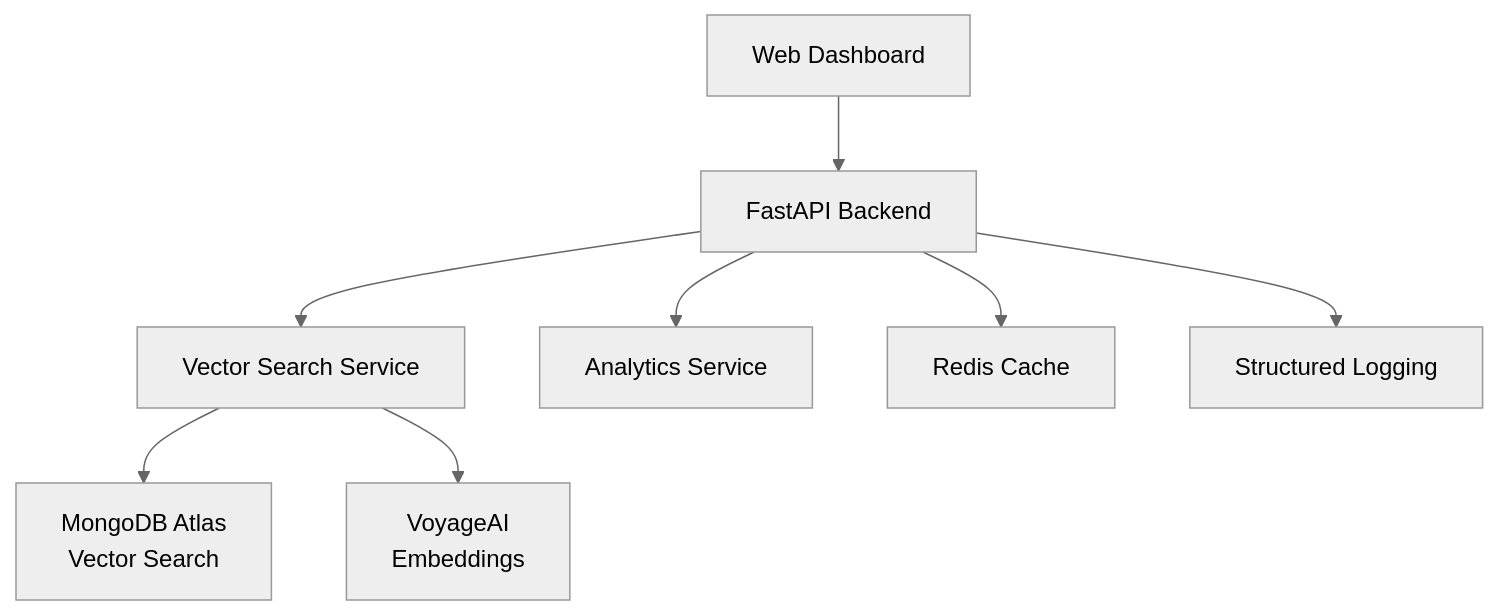
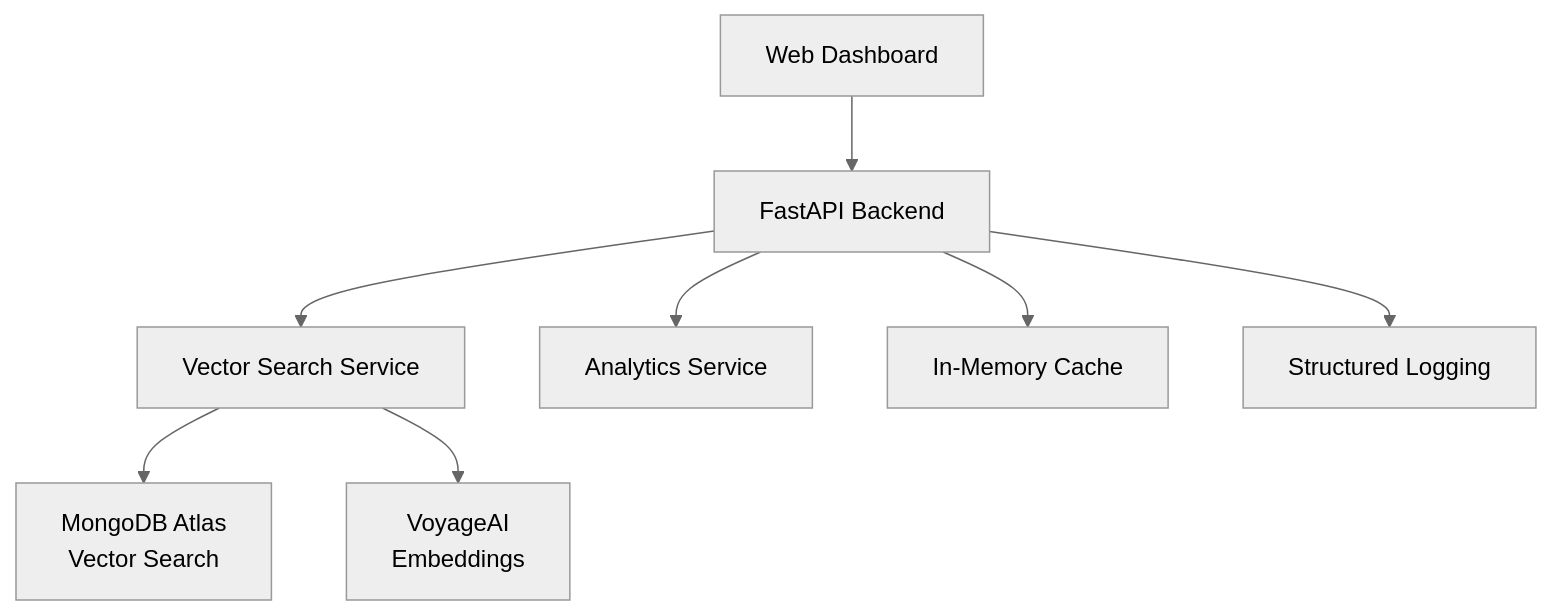
One commit to jgschmitz/Freight--Payment--AI--Assistant changed the diagram in README.md. Above: the diagram before and after it, drawn with Mermaid (neutral theme). The commit also changed other lines of this file and 2 other files, not shown here.

First line of the commit message:
🧹 Remove unnecessary Redis dependency - simplify architecture

````diff
--- a/README.md
+++ b/README.md
@@ -42,10 +42,10 @@
 ```mermaid
 graph TB
     A[Web Dashboard] --> B[FastAPI Backend]
     B --> C[Vector Search Service]
     B --> D[Analytics Service]
     C --> E[MongoDB Atlas<br/>Vector Search]
     C --> F[VoyageAI<br/>Embeddings]
-    B --> G[Redis Cache]
+    B --> G[In-Memory Cache]
     B --> H[Structured Logging]
 ```
````
